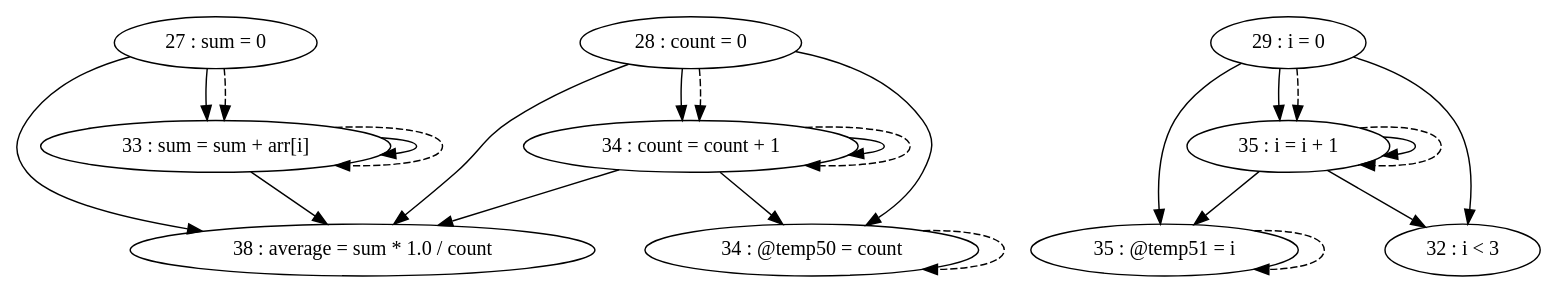
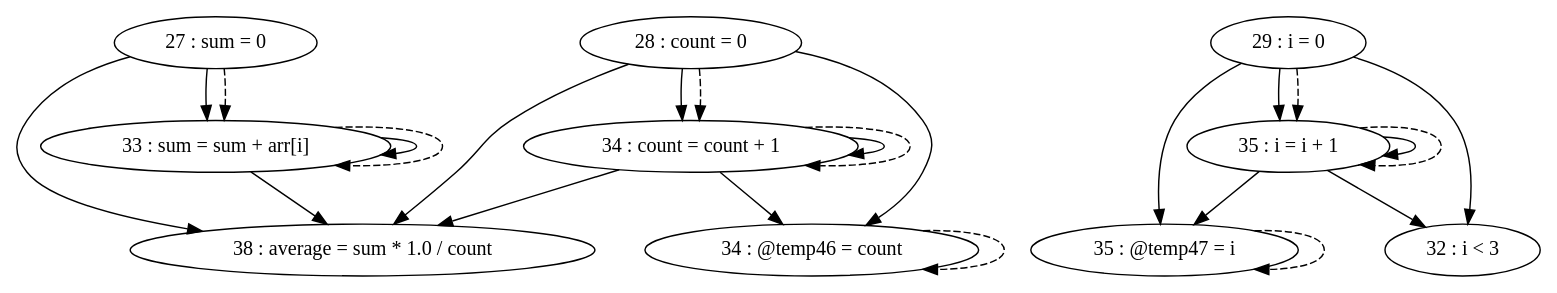
The diagram in pdg/source/testFiles/TestCases/TestCase6/TestCase6-test2.gv (thomassimko/thesis-code-duplication), drawn with Graphviz before and after one commit. The commit also changed 27 other files, not shown here.

```diff
--- a/pdg/source/testFiles/TestCases/TestCase6/TestCase6-test2.gv
+++ b/pdg/source/testFiles/TestCases/TestCase6/TestCase6-test2.gv
@@ -1,37 +1,37 @@
 digraph G {
 "27 : sum = 0"
 "27 : sum = 0" -> "38 : average = sum * 1.0 / count"
 "27 : sum = 0" -> "33 : sum = sum + arr[i]"
 "27 : sum = 0" -> "33 : sum = sum + arr[i]" [style=dashed]
 "28 : count = 0"
+"28 : count = 0" -> "38 : average = sum * 1.0 / count"
 "28 : count = 0" -> "34 : count = count + 1"
-"28 : count = 0" -> "38 : average = sum * 1.0 / count"
-"28 : count = 0" -> "34 : @temp50 = count"
+"28 : count = 0" -> "34 : @temp46 = count"
 "28 : count = 0" -> "34 : count = count + 1" [style=dashed]
 "29 : i = 0"
-"29 : i = 0" -> "35 : @temp51 = i"
 "29 : i = 0" -> "35 : i = i + 1"
+"29 : i = 0" -> "35 : @temp47 = i"
 "29 : i = 0" -> "32 : i < 3"
 "29 : i = 0" -> "35 : i = i + 1" [style=dashed]
 "32 : i < 3"
 "33 : sum = sum + arr[i]"
 "33 : sum = sum + arr[i]" -> "38 : average = sum * 1.0 / count"
 "33 : sum = sum + arr[i]" -> "33 : sum = sum + arr[i]"
 "33 : sum = sum + arr[i]" -> "33 : sum = sum + arr[i]" [style=dashed]
-"34 : @temp50 = count"
-"34 : @temp50 = count" -> "34 : @temp50 = count" [style=dashed]
+"34 : @temp46 = count"
+"34 : @temp46 = count" -> "34 : @temp46 = count" [style=dashed]
 "34 : count = count + 1"
+"34 : count = count + 1" -> "38 : average = sum * 1.0 / count"
 "34 : count = count + 1" -> "34 : count = count + 1"
-"34 : count = count + 1" -> "38 : average = sum * 1.0 / count"
-"34 : count = count + 1" -> "34 : @temp50 = count"
+"34 : count = count + 1" -> "34 : @temp46 = count"
 "34 : count = count + 1" -> "34 : count = count + 1" [style=dashed]
-"35 : @temp51 = i"
-"35 : @temp51 = i" -> "35 : @temp51 = i" [style=dashed]
+"35 : @temp47 = i"
+"35 : @temp47 = i" -> "35 : @temp47 = i" [style=dashed]
 "35 : i = i + 1"
-"35 : i = i + 1" -> "35 : @temp51 = i"
 "35 : i = i + 1" -> "35 : i = i + 1"
+"35 : i = i + 1" -> "35 : @temp47 = i"
 "35 : i = i + 1" -> "32 : i < 3"
 "35 : i = i + 1" -> "35 : i = i + 1" [style=dashed]
 "32 : i < 3"
 "38 : average = sum * 1.0 / count"
 }
```
